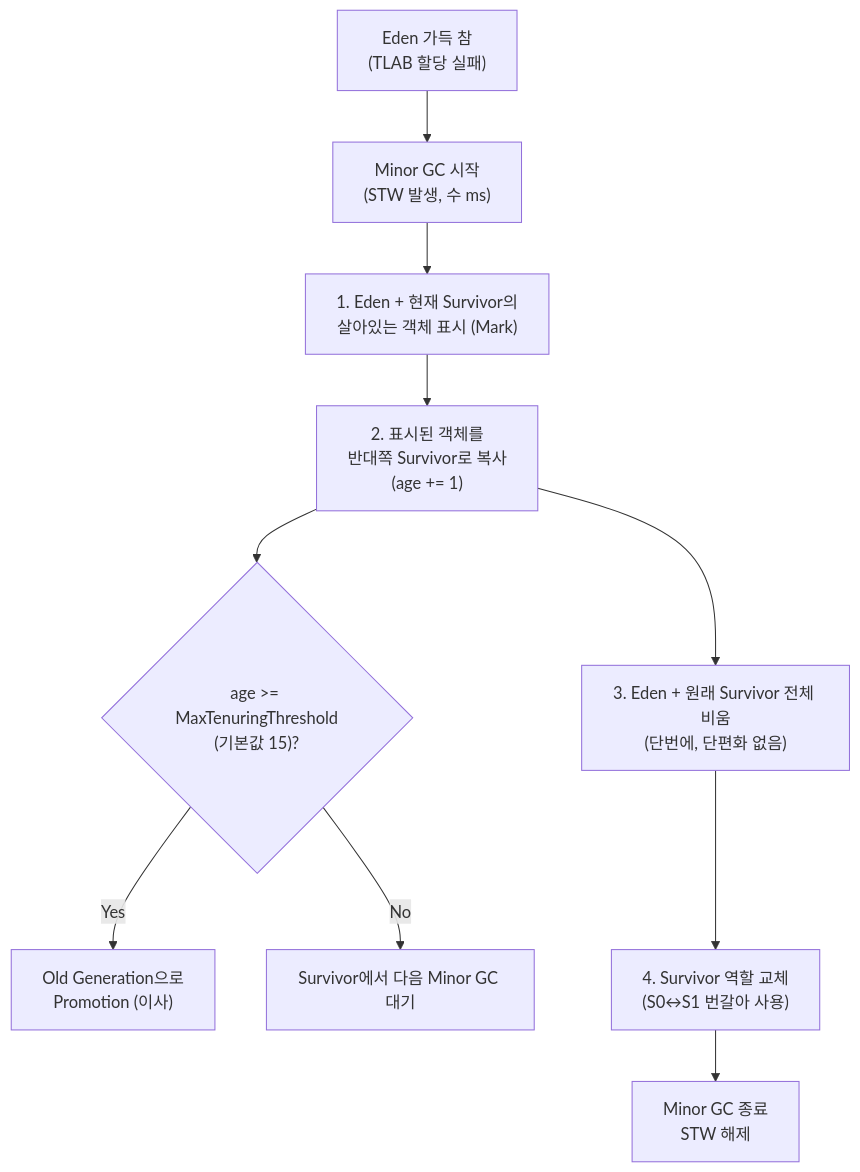
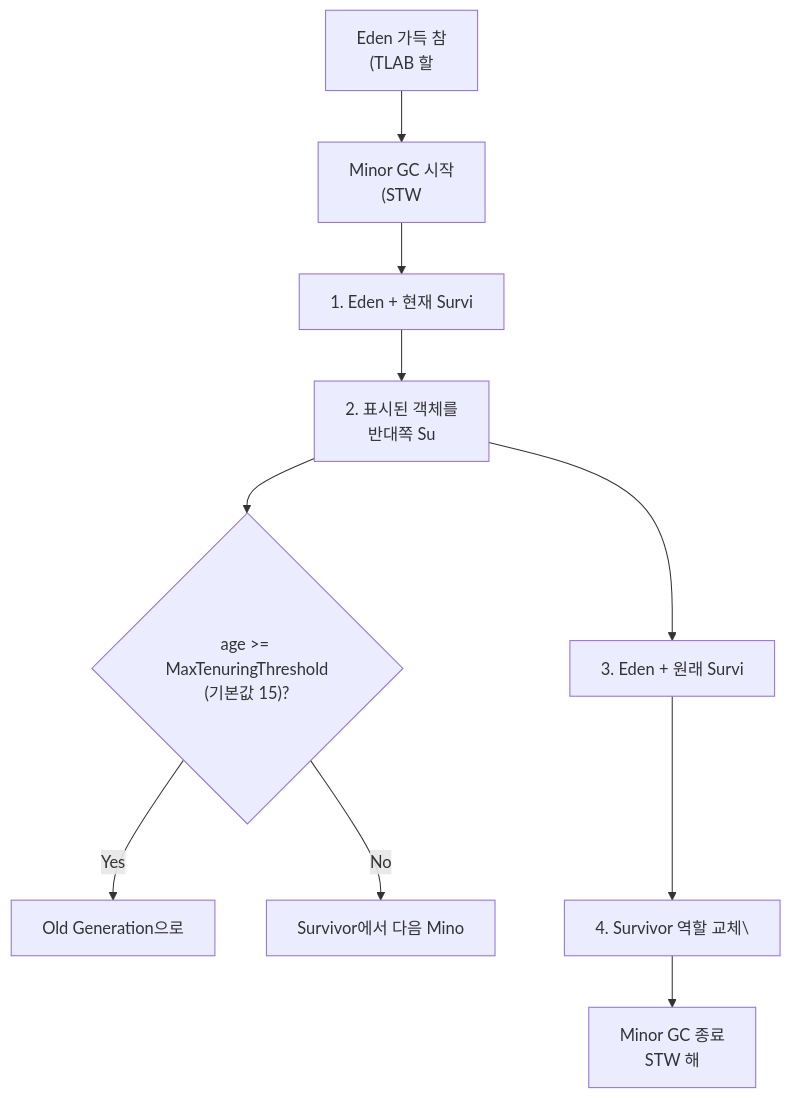
The sixth of 7 diagrams in _posts/java/2026-05-02-jvm-architecture.md (yjkim2015/yjkim2015.github.io), drawn with Mermaid before and after one commit. The commit also changed other lines of this file and 271 other files, not shown here.

First line of the commit message:
Mermaid 라벨 축소: 긴 노드 텍스트 18자 이하로 트림 + \n 제거

````diff
--- a/_posts/java/2026-05-02-jvm-architecture.md
+++ b/_posts/java/2026-05-02-jvm-architecture.md
@@ -598,12 +598,12 @@
 ```mermaid
 flowchart TD
-    A["Eden 가득 참\n(TLAB 할당 실패)"] --> B["Minor GC 시작\n(STW 발생, 수 ms)"]
-    B --> C["1. Eden + 현재 Survivor의\n살아있는 객체 표시 (Mark)"]
-    C --> D["2. 표시된 객체를\n반대쪽 Survivor로 복사\n(age += 1)"]
+    A["Eden 가득 참\n(TLAB 할"] --> B["Minor GC 시작\n(STW"]
+    B --> C["1. Eden + 현재 Survi"]
+    C --> D["2. 표시된 객체를\n반대쪽 Su"]
     D --> E{"age >= MaxTenuringThreshold\n(기본값 15)?"}
-    E -->|Yes| F["Old Generation으로\nPromotion (이사)"]
-    E -->|No| G["Survivor에서 다음 Minor GC 대기"]
-    D --> H["3. Eden + 원래 Survivor 전체 비움\n(단번에, 단편화 없음)"]
-    H --> I["4. Survivor 역할 교체\n(S0↔S1 번갈아 사용)"]
-    I --> J["Minor GC 종료\nSTW 해제"]
+    E -->|Yes| F["Old Generation으로\n"]
+    E -->|No| G["Survivor에서 다음 Mino"]
+    D --> H["3. Eden + 원래 Survi"]
+    H --> I["4. Survivor 역할 교체\"]
+    I --> J["Minor GC 종료\nSTW 해"]
 ```
````
